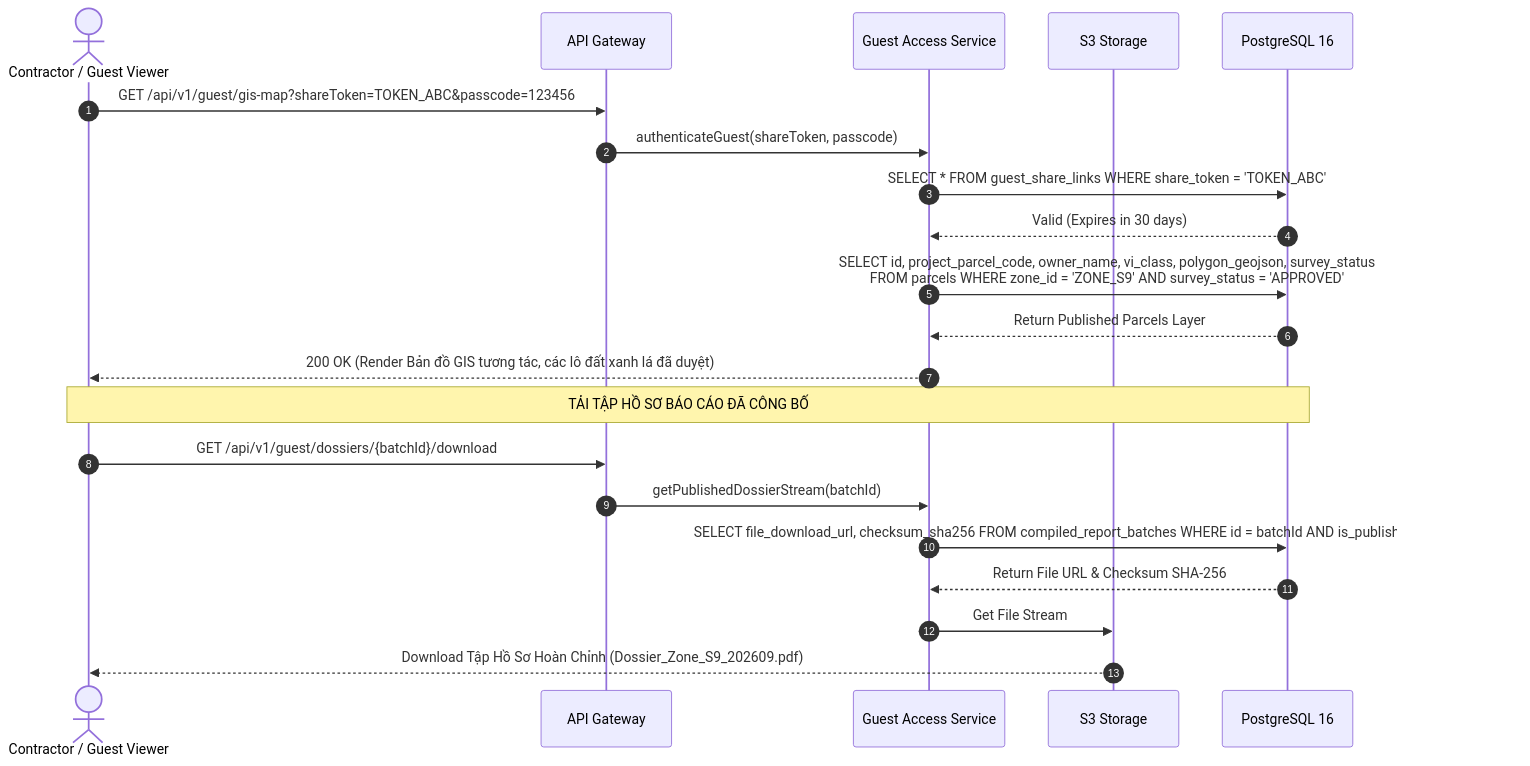
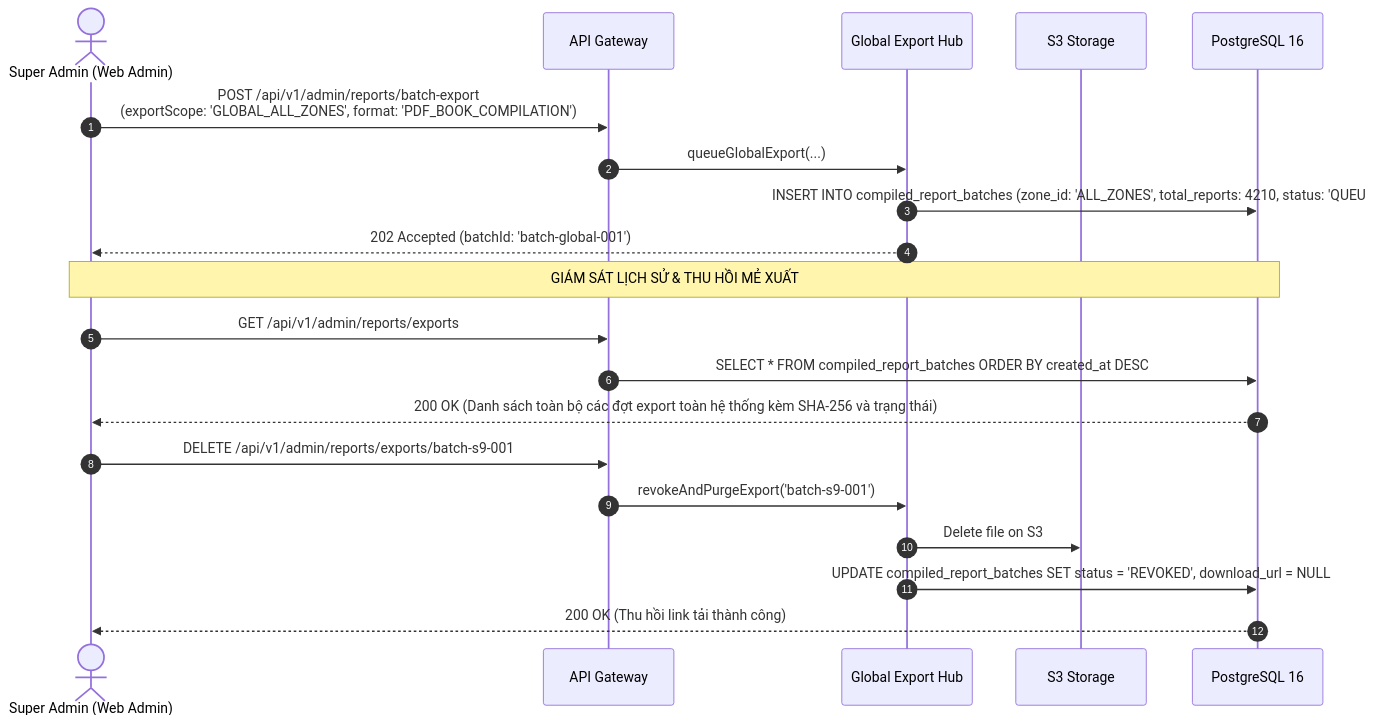
One commit to Vqd2k6/BCR-System changed the eighth of 8 diagrams in srs/notchange/SEQUENCE_DIAGRAMS.md. Above: the diagram before and after it, drawn with Mermaid. The commit also changed other lines of this file and 5 other files, not shown here.

Commit message:
docs(srs): map and synchronize 100% of Class Diagram, Use Cases, Sequence Diagrams, Activity Diagrams, and Survey Forms with API Specification

````diff
--- a/srs/notchange/SEQUENCE_DIAGRAMS.md
+++ b/srs/notchange/SEQUENCE_DIAGRAMS.md
@@ -437,27 +312,25 @@
 ```mermaid
 sequenceDiagram
     autonumber
-    actor G as Contractor / Guest Viewer
+    actor SA as Super Admin (Web Admin)
     participant GW as API Gateway
-    participant GS as Guest Access Service
+    participant ES as Global Export Hub
     participant FS as S3 Storage
     participant DB as PostgreSQL 16
 
-    G->>GW: GET /api/v1/guest/gis-map?shareToken=TOKEN_ABC&passcode=123456
-    GW->>GS: authenticateGuest(shareToken, passcode)
-    GS->>DB: SELECT * FROM guest_share_links WHERE share_token = 'TOKEN_ABC'
-    DB-->>GS: Valid (Expires in 30 days)
-    
-    GS->>DB: SELECT id, project_parcel_code, owner_name, vi_class, polygon_geojson, survey_status<br>FROM parcels WHERE zone_id = 'ZONE_S9' AND survey_status = 'APPROVED'
-    DB-->>GS: Return Published Parcels Layer
-    GS-->>G: 200 OK (Render Bản đồ GIS tương tác, các lô đất xanh lá đã duyệt)
+    SA->>GW: POST /api/v1/admin/reports/batch-export<br>(exportScope: 'GLOBAL_ALL_ZONES', format: 'PDF_BOOK_COMPILATION')
+    GW->>ES: queueGlobalExport(...)
+    ES->>DB: INSERT INTO compiled_report_batches (zone_id: 'ALL_ZONES', total_reports: 4210, status: 'QUEUED')
+    ES-->>SA: 202 Accepted (batchId: 'batch-global-001')
 
-    Note over G,DB: TẢI TẬP HỒ SƠ BÁO CÁO ĐÃ CÔNG BỐ
-    G->>GW: GET /api/v1/guest/dossiers/{batchId}/download
-    GW->>GS: getPublishedDossierStream(batchId)
-    GS->>DB: SELECT file_download_url, checksum_sha256 FROM compiled_report_batches WHERE id = batchId AND is_published_to_guests = true
-    DB-->>GS: Return File URL & Checksum SHA-256
-    
-    GS->>FS: Get File Stream
-    FS-->>G: Download Tập Hồ Sơ Hoàn Chỉnh (Dossier_Zone_S9_202609.pdf)
+    Note over SA,DB: GIÁM SÁT LỊCH SỬ & THU HỒI MẺ XUẤT
+    SA->>GW: GET /api/v1/admin/reports/exports
+    GW->>DB: SELECT * FROM compiled_report_batches ORDER BY created_at DESC
+    DB-->>SA: 200 OK (Danh sách toàn bộ các đợt export toàn hệ thống kèm SHA-256 và trạng thái)
+
+    SA->>GW: DELETE /api/v1/admin/reports/exports/batch-s9-001
+    GW->>ES: revokeAndPurgeExport('batch-s9-001')
+    ES->>FS: Delete file on S3
+    ES->>DB: UPDATE compiled_report_batches SET status = 'REVOKED', download_url = NULL
+    DB-->>SA: 200 OK (Thu hồi link tải thành công)
 ```
````
